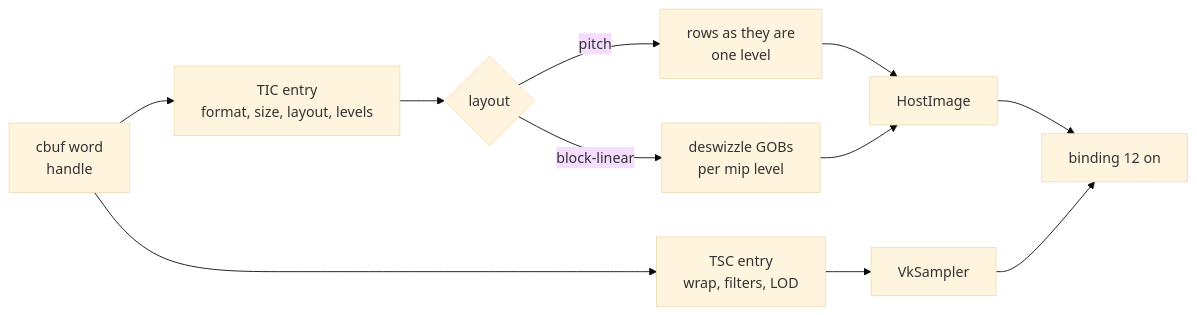
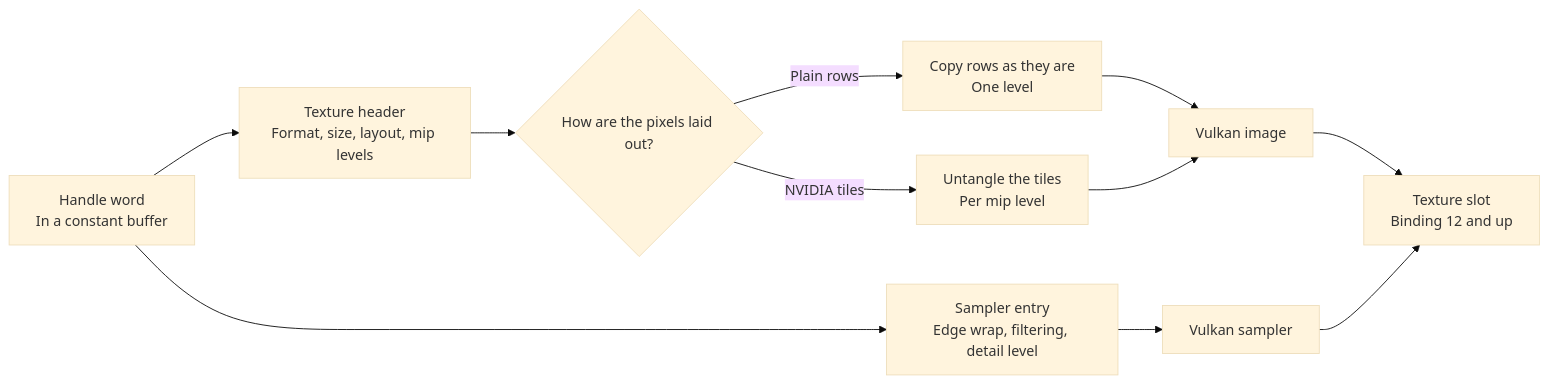
One commit to 0xNikilite/oboromi changed the diagram in docs/architecture/textures-and-tensors.md. Above: the diagram before and after it, drawn with Mermaid (base theme). The commit also changed other lines of this file and 22 other files, not shown here.

````diff
--- a/docs/architecture/textures-and-tensors.md
+++ b/docs/architecture/textures-and-tensors.md
@@ -9,13 +18,13 @@
 ```mermaid
 flowchart LR
-    CB["cbuf word<br/>handle"] --> TIC["TIC entry<br/>format, size, layout, levels"]
-    CB --> TSC["TSC entry<br/>wrap, filters, LOD"]
-    TIC --> DET{"layout"}
-    DET -->|"pitch"| PL["rows as they are<br/>one level"]
-    DET -->|"block-linear"| BL["deswizzle GOBs<br/>per mip level"]
-    PL --> IMG["HostImage"]
+    CB["Handle word<br/>In a constant buffer"] --> TIC["Texture header<br/>Format, size, layout, mip levels"]
+    CB --> TSC["Sampler entry<br/>Edge wrap, filtering, detail level"]
+    TIC --> DET{"How are the pixels laid out?"}
+    DET -->|"Plain rows"| PL["Copy rows as they are<br/>One level"]
+    DET -->|"NVIDIA tiles"| BL["Untangle the tiles<br/>Per mip level"]
+    PL --> IMG["Vulkan image"]
     BL --> IMG
-    TSC --> SMP["VkSampler"]
-    IMG --> BIND["binding 12 on"]
+    TSC --> SMP["Vulkan sampler"]
+    IMG --> BIND["Texture slot<br/>Binding 12 and up"]
     SMP --> BIND
 ```
````
